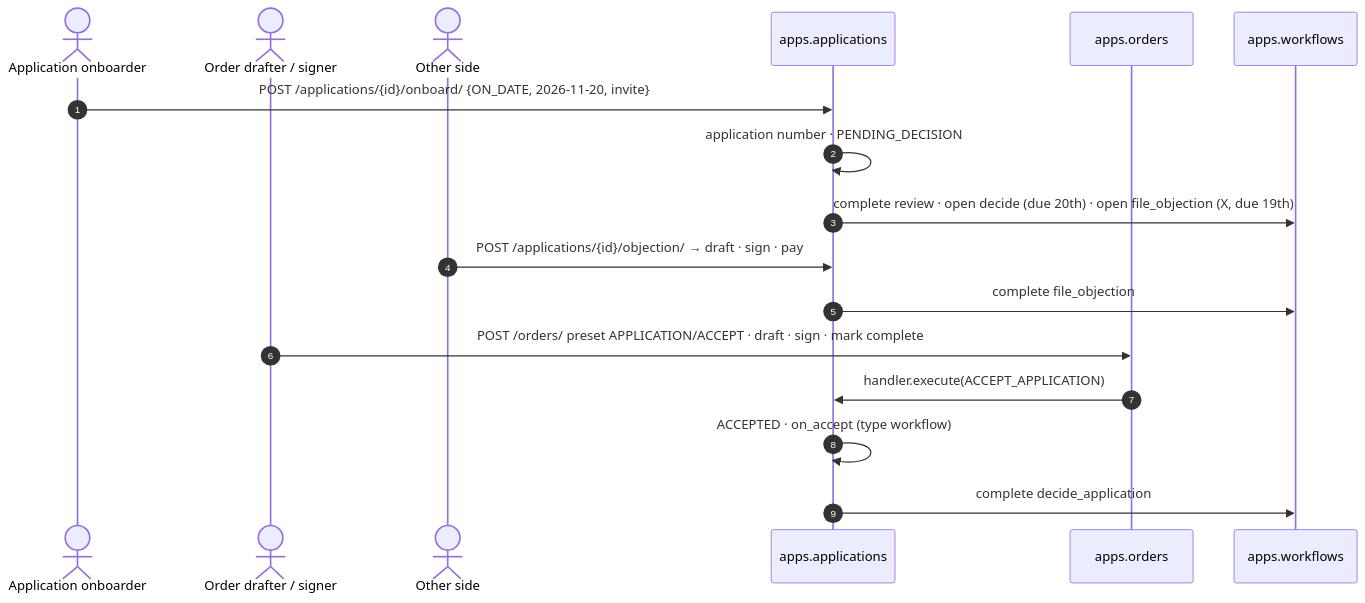
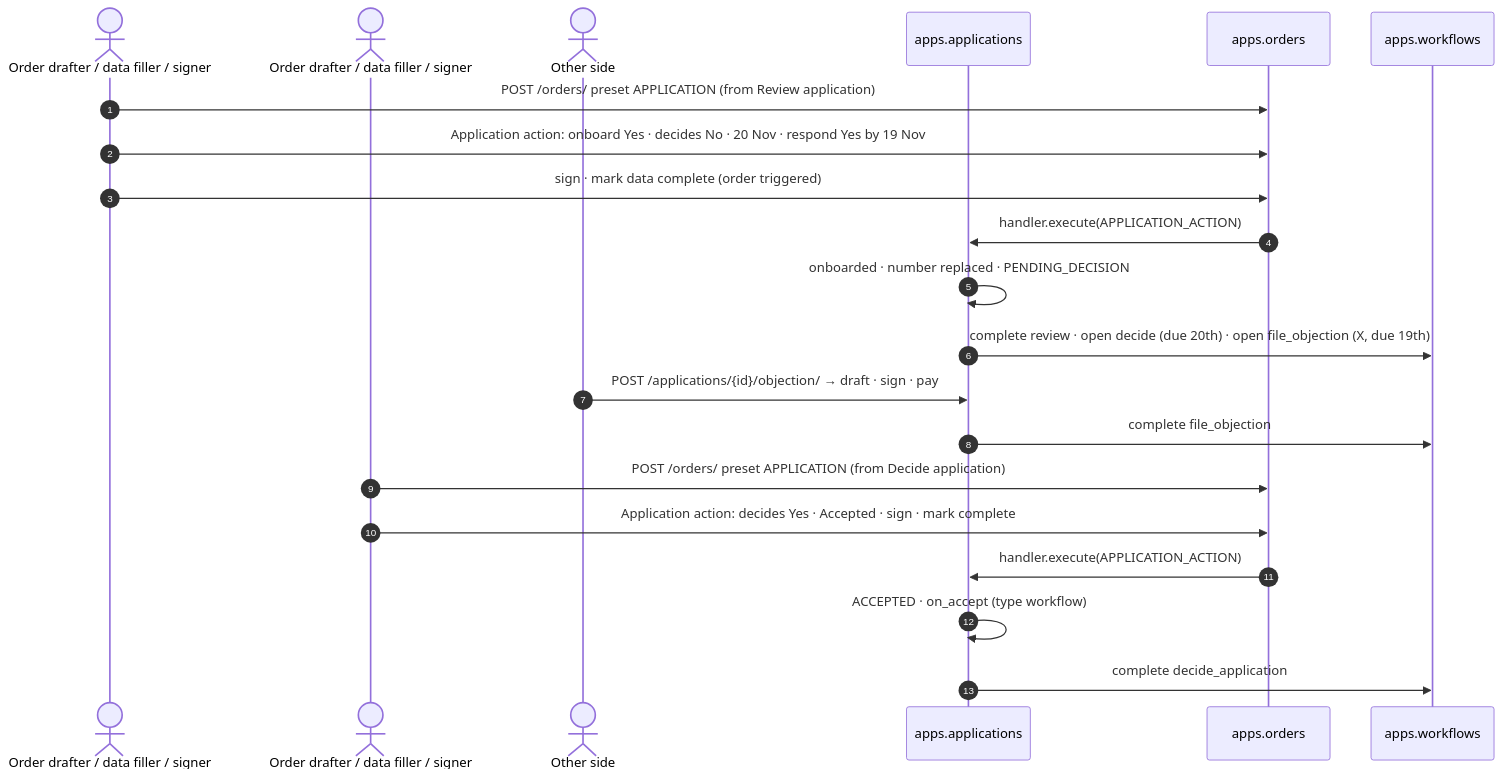
One commit to pucardotorg/dristi-be changed the fourth of 4 diagrams in spec/0033-applications.md. Above: the diagram before and after it, drawn with Mermaid. The commit also changed other lines of this file, not shown here.

````diff
--- a/spec/0033-applications.md
+++ b/spec/0033-applications.md
@@ -1643,19 +1725,23 @@
 ```mermaid
 sequenceDiagram
     autonumber
-    actor O as Application onboarder
-    actor D as Order drafter / signer
+    actor O as Order drafter / data filler / signer
+    actor D as Order drafter / data filler / signer
     actor X as Other side
     participant AP as apps.applications
     participant OR as apps.orders
     participant WF as apps.workflows
-    O->>AP: POST /applications/{id}/onboard/ {ON_DATE, 2026-11-20, invite}
-    AP->>AP: application number · PENDING_DECISION
+    O->>OR: POST /orders/ preset APPLICATION (from Review application)
+    O->>OR: Application action: onboard Yes · decides No · 20 Nov · respond Yes by 19 Nov
+    O->>OR: sign · mark data complete (order triggered)
+    OR->>AP: handler.execute(APPLICATION_ACTION)
+    AP->>AP: onboarded · number replaced · PENDING_DECISION
     AP->>WF: complete review · open decide (due 20th) · open file_objection (X, due 19th)
     X->>AP: POST /applications/{id}/objection/ → draft · sign · pay
     AP->>WF: complete file_objection
-    D->>OR: POST /orders/ preset APPLICATION/ACCEPT · draft · sign · mark complete
-    OR->>AP: handler.execute(ACCEPT_APPLICATION)
+    D->>OR: POST /orders/ preset APPLICATION (from Decide application)
+    D->>OR: Application action: decides Yes · Accepted · sign · mark complete
+    OR->>AP: handler.execute(APPLICATION_ACTION)
     AP->>AP: ACCEPTED · on_accept (type workflow)
     AP->>WF: complete decide_application
 ```
````
